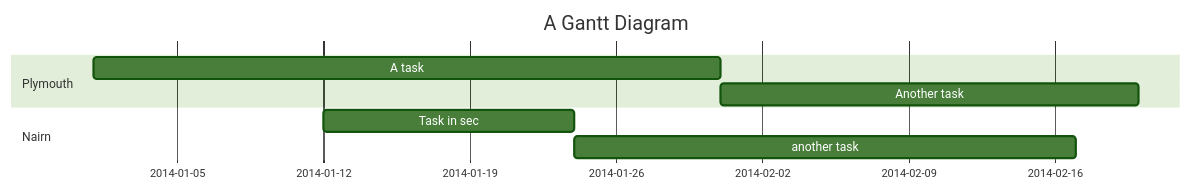
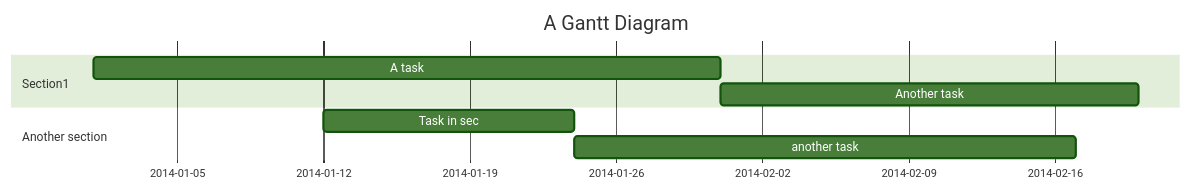
Before and after one commit to rjmeats/GHTest1: the second of 2 diagrams in md_test/mermaid/Mermaid.md, drawn with Mermaid (forest theme).

Commit message:
Test Mermaid

````diff
--- a/md_test/mermaid/Mermaid.md
+++ b/md_test/mermaid/Mermaid.md
@@ -16,11 +16,11 @@
 ```mermaid
   gantt
     title A Gantt Diagram
     dateFormat  YYYY
-    section Plymouth
+    section Section1
     A task           :a1, 2014-01-01, 30d
     Another task     :after a1  , 20d
-    section Nairn
+    section Another section
     Task in sec      :2014-01-12  , 12d
     another task      : 24d
 ```
````
